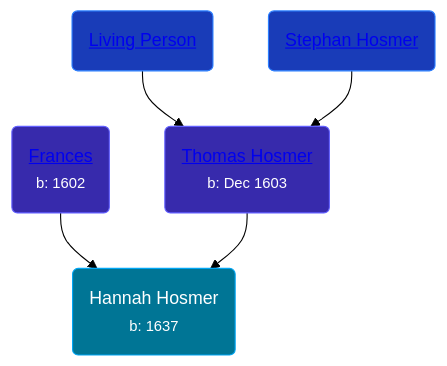
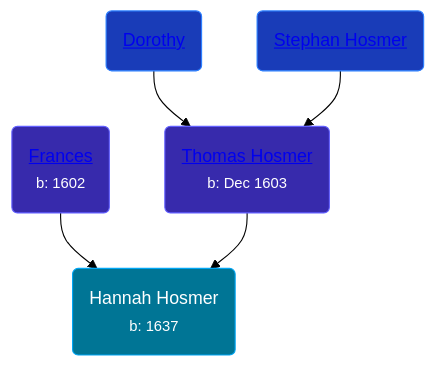
One commit to wpmgotkh/wpmgotkh.github.io changed the diagram in pages/people/7/74814464.md. Above: the diagram before and after it, drawn with Mermaid (forest theme). The commit also changed 586 other files, not shown here.

Commit message:
feat: better shouldConsiderPersonLiving algo

````diff
--- a/pages/people/7/74814464.md
+++ b/pages/people/7/74814464.md
@@ -11,11 +11,11 @@
 ```mermaid
 graph
 classDef grands fill:#193cb8,stroke:#2b7fff,stroke-width:1px,color:#fff;
 classDef parents fill:#372aac,stroke:#615fff,stroke-width:1px,color:#fff;
 classDef primary fill:#007595,stroke:#00a6f4,stroke-width:1px,color:#fff;
 74814464(Hannah Hosmer<br /><small>b: 1637</small>):::primary
 15178620(<a class="text-white" href="/people/1/15178620">Frances </a><br /><small>b: 1602</small>):::parents-->74814464
 70805658(<a class="text-white" href="/people/7/70805658">Thomas Hosmer</a><br /><small>b: Dec 1603</small>):::parents-->74814464
-77992256(<a class="text-white" href="/people/7/77992256">Living Person</a>):::grands-->70805658
+77992256(<a class="text-white" href="/people/7/77992256">Dorothy </a>):::grands-->70805658
 8785716(<a class="text-white" href="/people/8/8785716">Stephan Hosmer</a>):::grands-->70805658
 ```
````
